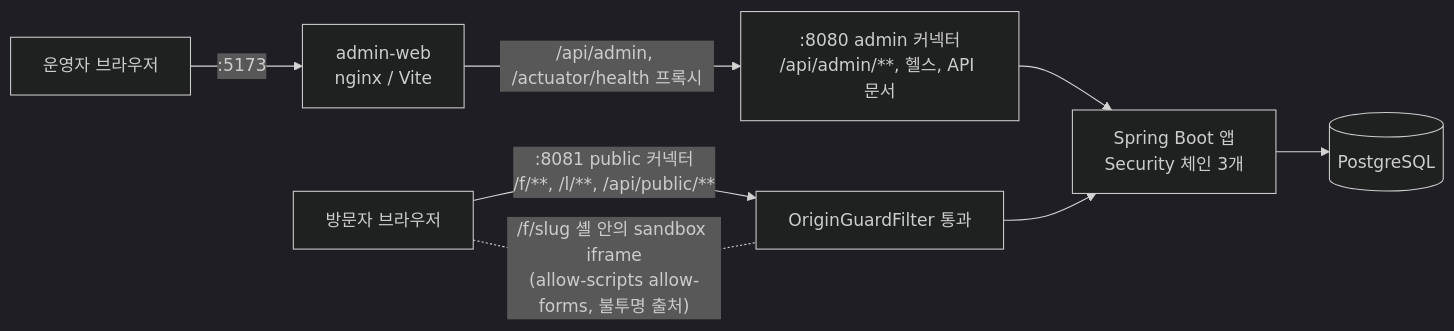
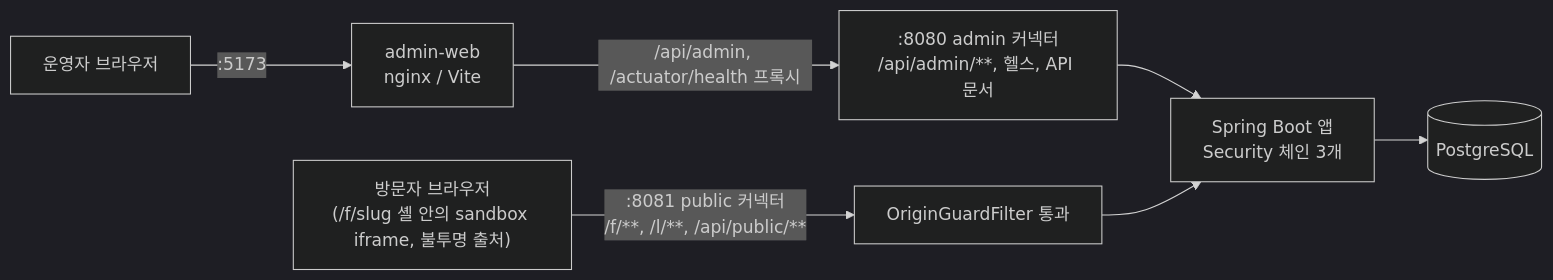
The diagram in docs/OVERVIEW.md (kimcno3/lead-magnet-crm), drawn with Mermaid (dark theme) before and after one commit. The commit also changed other lines of this file and 19 other files, not shown here.

````diff
--- a/docs/OVERVIEW.md
+++ b/docs/OVERVIEW.md
@@ -13,10 +13,9 @@
 ```mermaid
 flowchart LR
-  op[운영자 브라우저] -->|:5173| web[admin-web<br/>nginx / Vite]
-  web -->|/api/admin, /actuator/health 프록시| admin[":8080 admin 커넥터<br/>/api/admin/**, 헬스, API 문서"]
-  vis[방문자 브라우저] -->|":8081 public 커넥터<br/>/f/**, /l/**, /api/public/**"| pub[OriginGuardFilter 통과]
-  admin --> app[Spring Boot 앱<br/>Security 체인 3개]
+  op["운영자 브라우저"] -->|:5173| web["admin-web<br/>nginx / Vite"]
+  web -->|"/api/admin, /actuator/health 프록시"| admin[":8080 admin 커넥터<br/>/api/admin/**, 헬스, API 문서"]
+  vis["방문자 브라우저<br/>(/f/slug 셸 안의 sandbox iframe, 불투명 출처)"] -->|":8081 public 커넥터<br/>/f/**, /l/**, /api/public/**"| pub["OriginGuardFilter 통과"]
+  admin --> app["Spring Boot 앱<br/>Security 체인 3개"]
   pub --> app
   app --> db[(PostgreSQL)]
-  vis -. "/f/slug 셸 안의 sandbox iframe<br/>(allow-scripts allow-forms, 불투명 출처)" .- pub
 ```
````
